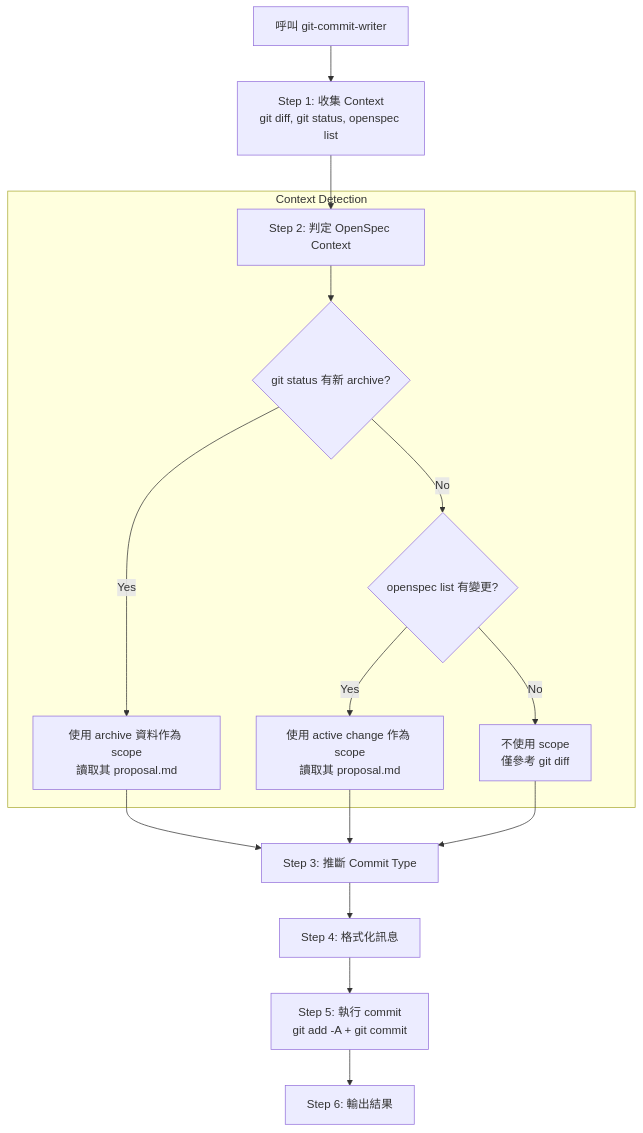
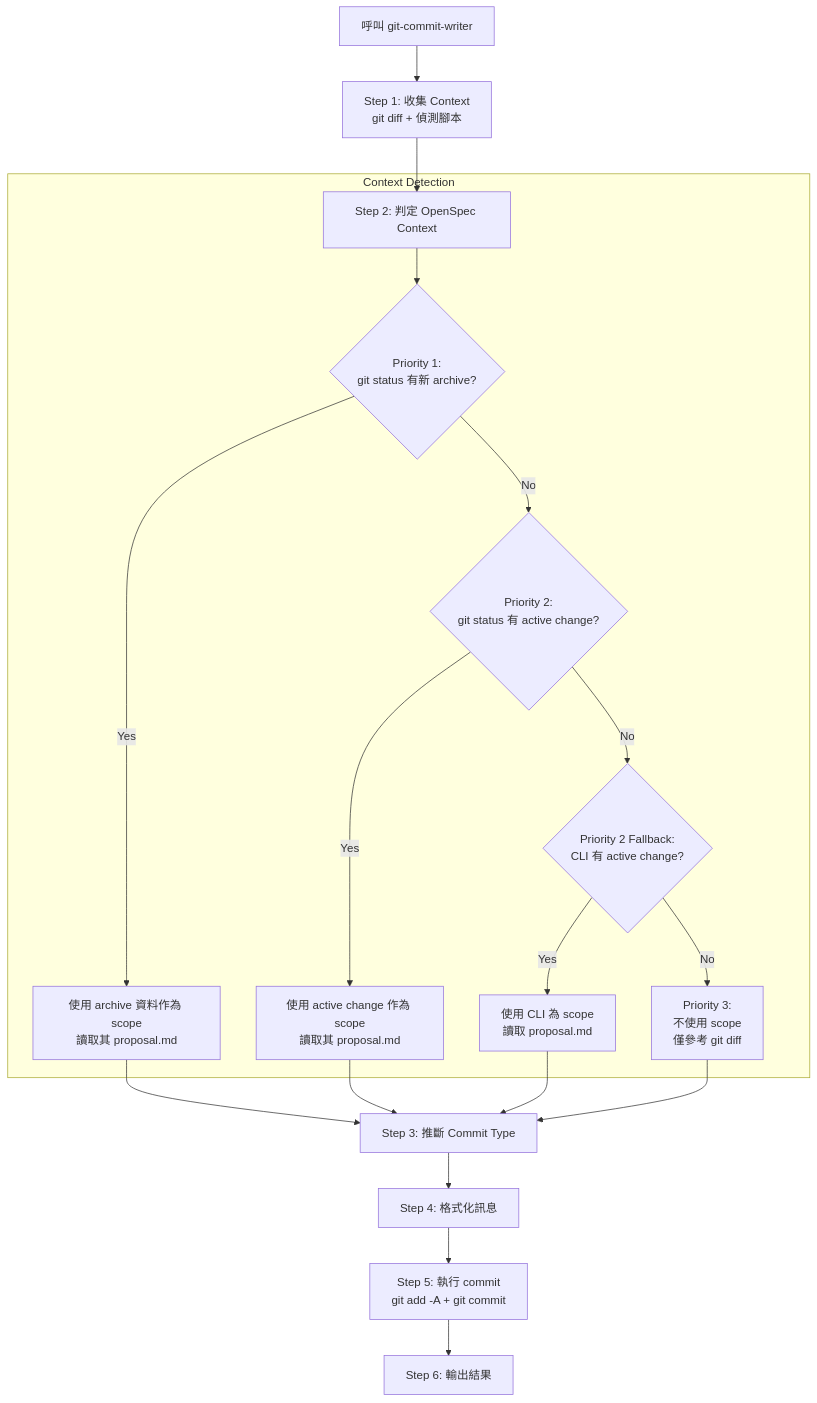
The diagram in docs/git-commit-writer.md (wkchen5872/wk-agent-ops), drawn with Mermaid before and after one commit. The commit also changed 6 other files, not shown here.

Commit message:
feat: git-commit-writer 1.2

````diff
--- a/docs/git-commit-writer.md
+++ b/docs/git-commit-writer.md
@@ -19,21 +19,24 @@
 ```mermaid
 graph TD
-    Start[呼叫 git-commit-writer] --> Gather[Step 1: 收集 Context<br/>git diff, git status, openspec list]
+    Start[呼叫 git-commit-writer] --> Gather[Step 1: 收集 Context<br/>git diff + 偵測腳本]
     Gather --> Detect[Step 2: 判定 OpenSpec Context]
     
     subgraph Context Detection
-    Detect --> CheckArchive{git status 有新 archive?}
+    Detect --> CheckArchive{Priority 1:<br/>git status 有新 archive?}
     CheckArchive -- Yes --> UseArchive[使用 archive 資料作為 scope<br/>讀取其 proposal.md]
-    CheckArchive -- No --> CheckActive{openspec list 有變更?}
-    CheckActive -- Yes --> UseActive[使用 active change 作為 scope<br/>讀取其 proposal.md]
-    CheckActive -- No --> NoScope[不使用 scope<br/>僅參考 git diff]
+    CheckArchive -- No --> CheckStatus{Priority 2:<br/>git status 有 active change?}
+    CheckStatus -- Yes --> UseActive[使用 active change 作為 scope<br/>讀取其 proposal.md]
+    CheckStatus -- No --> CheckCLI{Priority 2 Fallback:<br/>CLI 有 active change?}
+    CheckCLI -- Yes --> UseCLI[使用 CLI 為 scope<br/>讀取 proposal.md]
+    CheckCLI -- No --> NoScope[Priority 3:<br/>不使用 scope<br/>僅參考 git diff]
     end
     
     UseArchive --> Infer[Step 3: 推斷 Commit Type]
     UseActive --> Infer
+    UseCLI --> Infer
     NoScope --> Infer
     
     Infer --> Format[Step 4: 格式化訊息]
     Format --> Execute[Step 5: 執行 commit<br/>git add -A + git commit]
     Execute --> Done[Step 6: 輸出結果]
 ```
````
